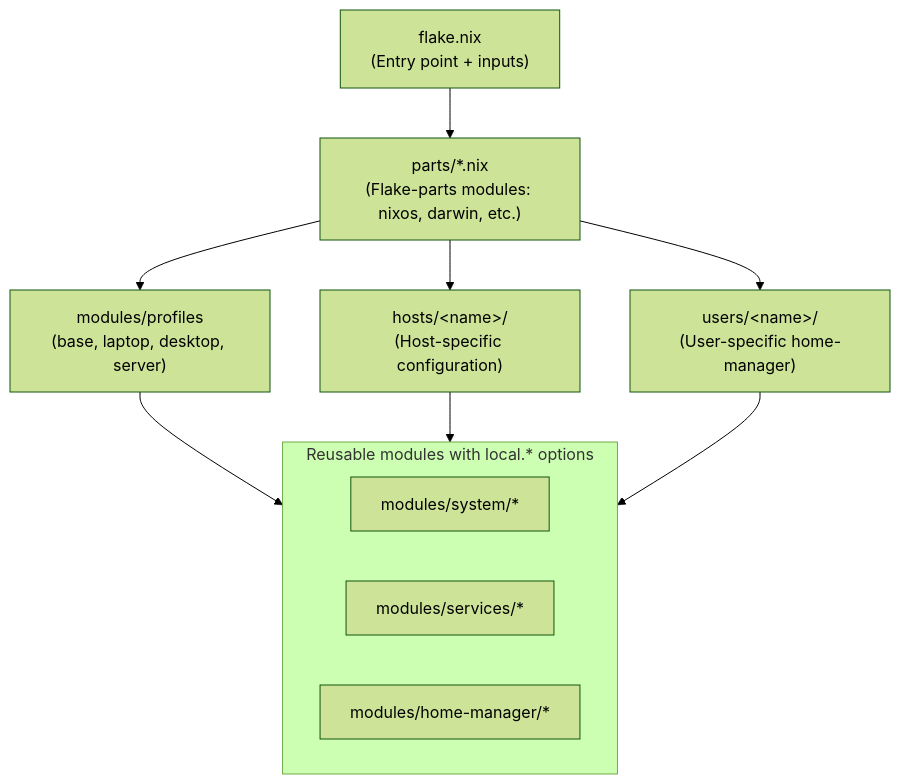
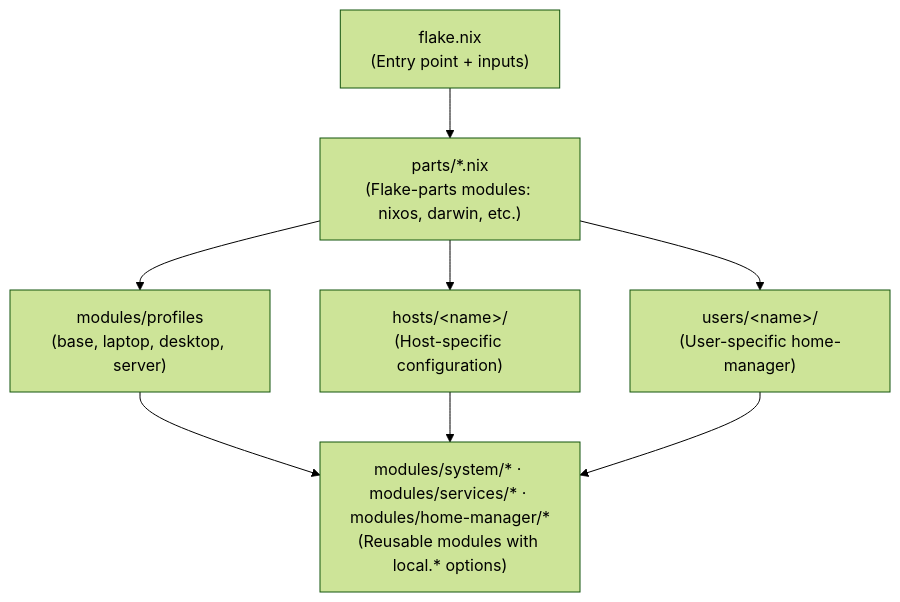
The first of 2 diagrams in README.md (AdrielVelazquez/nixos-config), drawn with Mermaid (forest theme) before and after one commit.

Commit message:
Updating nixos config

````diff
--- a/README.md
+++ b/README.md
@@ -24,22 +24,17 @@
 ```mermaid
 flowchart TD
     A["flake.nix<br/>(Entry point + inputs)"]
     B["parts/*.nix<br/>(Flake-parts modules: nixos, darwin, etc.)"]
     C["modules/profiles<br/>(base, laptop, desktop, server)"]
     D["hosts/&lt;name&gt;/<br/>(Host-specific configuration)"]
     E["users/&lt;name&gt;/<br/>(User-specific home-manager)"]
-
-    subgraph F ["Reusable modules with local.* options"]
-        F1["modules/system/*"]
-        F2["modules/services/*"]
-        F3["modules/home-manager/*"]
-    end
+    F["modules/system/* · modules/services/* · modules/home-manager/*<br/>(Reusable modules with local.* options)"]
 
     A --> B
     B --> C
     B --> D
     B --> E
     C --> F
     D --> F
     E --> F
 ```
````
